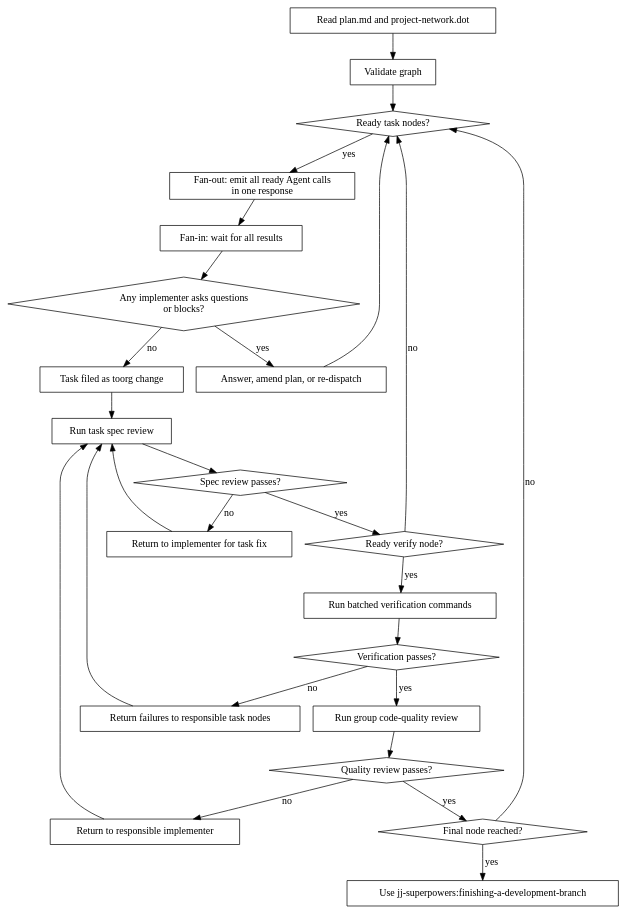
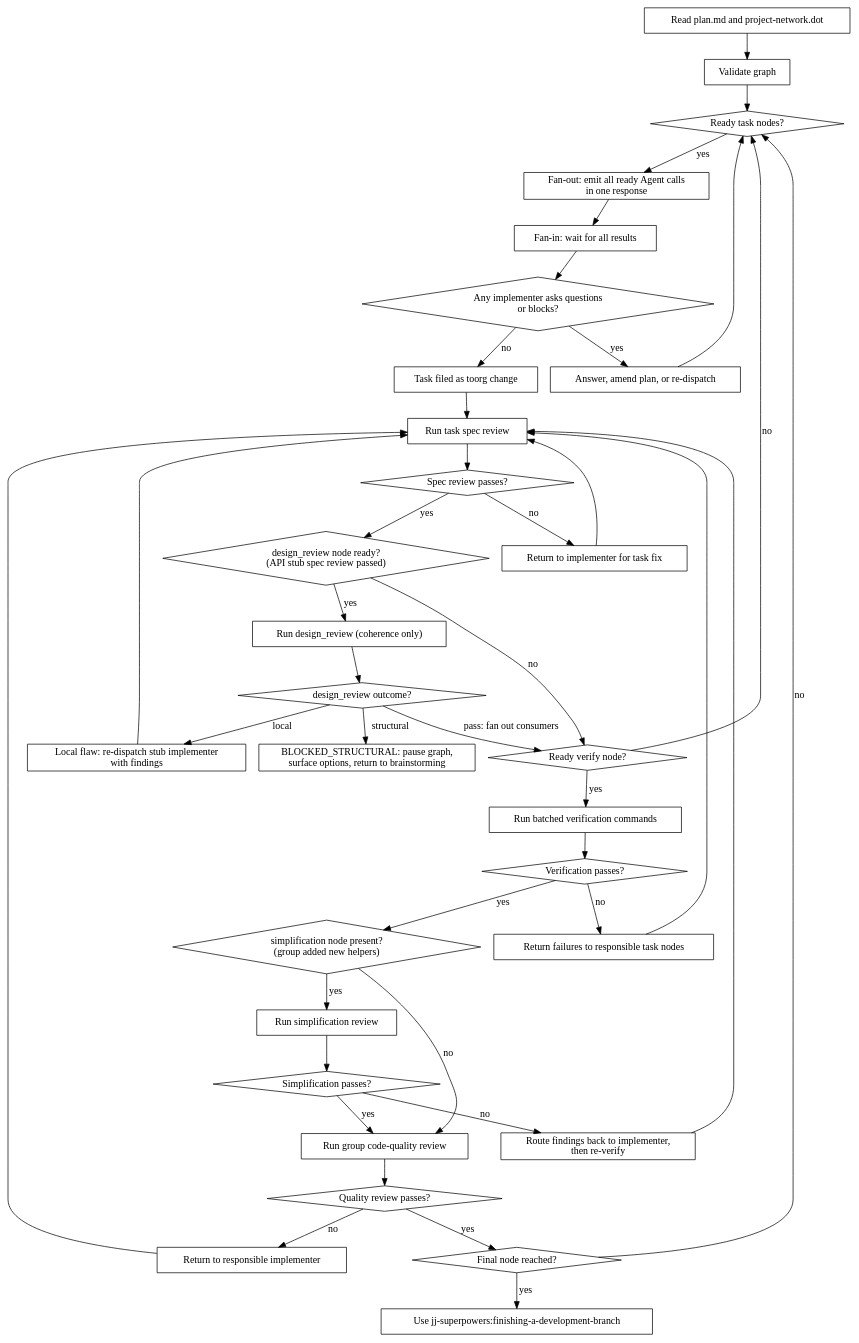
Before and after one commit to nickguletskii/jj-superpowers: the second of 2 diagrams in skills/subagent-driven-development/SKILL.md, drawn with Graphviz. The commit also changed other lines of this file and 23 other files, not shown here.

````diff
--- a/skills/subagent-driven-development/SKILL.md
+++ b/skills/subagent-driven-development/SKILL.md
@@ -49,52 +51,74 @@
 ```dot
 digraph process {
     rankdir=TB;
 
     "Read plan.md and project-network.dot" [shape=box];
     "Validate graph" [shape=box];
     "Ready task nodes?" [shape=diamond];
     "Fan-out: emit all ready Agent calls\nin one response" [shape=box];
     "Fan-in: wait for all results" [shape=box];
     "Any implementer asks questions\nor blocks?" [shape=diamond];
     "Answer, amend plan, or re-dispatch" [shape=box];
     "Task filed as toorg change" [shape=box];
     "Run task spec review" [shape=box];
     "Spec review passes?" [shape=diamond];
     "Return to implementer for task fix" [shape=box];
+    "design_review node ready?\n(API stub spec review passed)" [shape=diamond];
+    "Run design_review (coherence only)" [shape=box];
+    "design_review outcome?" [shape=diamond];
+    "Local flaw: re-dispatch stub implementer\nwith findings" [shape=box];
+    "BLOCKED_STRUCTURAL: pause graph,\nsurface options, return to brainstorming" [shape=box];
     "Ready verify node?" [shape=diamond];
     "Run batched verification commands" [shape=box];
     "Verification passes?" [shape=diamond];
     "Return failures to responsible task nodes" [shape=box];
+    "simplification node present?\n(group added new helpers)" [shape=diamond];
+    "Run simplification review" [shape=box];
+    "Simplification passes?" [shape=diamond];
+    "Route findings back to implementer,\nthen re-verify" [shape=box];
     "Run group code-quality review" [shape=box];
     "Quality review passes?" [shape=diamond];
     "Return to responsible implementer" [shape=box];
     "Final node reached?" [shape=diamond];
     "Use jj-superpowers:finishing-a-development-branch" [shape=box];
 
     "Read plan.md and project-network.dot" -> "Validate graph";
     "Validate graph" -> "Ready task nodes?";
     "Ready task nodes?" -> "Fan-out: emit all ready Agent calls\nin one response" [label="yes"];
     "Fan-out: emit all ready Agent calls\nin one response" -> "Fan-in: wait for all results";
     "Fan-in: wait for all results" -> "Any implementer asks questions\nor blocks?";
     "Any implementer asks questions\nor blocks?" -> "Answer, amend plan, or re-dispatch" [label="yes"];
     "Answer, amend plan, or re-dispatch" -> "Ready task nodes?";
     "Any implementer asks questions\nor blocks?" -> "Task filed as toorg change" [label="no"];
     "Task filed as toorg change" -> "Run task spec review";
     "Run task spec review" -> "Spec review passes?";
     "Spec review passes?" -> "Return to implementer for task fix" [label="no"];
     "Return to implementer for task fix" -> "Run task spec review";
-    "Spec review passes?" -> "Ready verify node?" [label="yes"];
+    "Spec review passes?" -> "design_review node ready?\n(API stub spec review passed)" [label="yes"];
+    "design_review node ready?\n(API stub spec review passed)" -> "Run design_review (coherence only)" [label="yes"];
+    "design_review node ready?\n(API stub spec review passed)" -> "Ready verify node?" [label="no"];
+    "Run design_review (coherence only)" -> "design_review outcome?";
+    "design_review outcome?" -> "Local flaw: re-dispatch stub implementer\nwith findings" [label="local"];
+    "Local flaw: re-dispatch stub implementer\nwith findings" -> "Run task spec review";
+    "design_review outcome?" -> "BLOCKED_STRUCTURAL: pause graph,\nsurface options, return to brainstorming" [label="structural"];
+    "design_review outcome?" -> "Ready verify node?" [label="pass: fan out consumers"];
     "Ready verify node?" -> "Run batched verification commands" [label="yes"];
     "Ready verify node?" -> "Ready task nodes?" [label="no"];
     "Run batched verification commands" -> "Verification passes?";
     "Verification passes?" -> "Return failures to responsible task nodes" [label="no"];
     "Return failures to responsible task nodes" -> "Run task spec review";
-    "Verification passes?" -> "Run group code-quality review" [label="yes"];
+    "Verification passes?" -> "simplification node present?\n(group added new helpers)" [label="yes"];
+    "simplification node present?\n(group added new helpers)" -> "Run simplification review" [label="yes"];
+    "simplification node present?\n(group added new helpers)" -> "Run group code-quality review" [label="no"];
+    "Run simplification review" -> "Simplification passes?";
+    "Simplification passes?" -> "Route findings back to implementer,\nthen re-verify" [label="no"];
+    "Route findings back to implementer,\nthen re-verify" -> "Run task spec review";
+    "Simplification passes?" -> "Run group code-quality review" [label="yes"];
     "Run group code-quality review" -> "Quality review passes?";
     "Quality review passes?" -> "Return to responsible implementer" [label="no"];
     "Return to responsible implementer" -> "Run task spec review";
     "Quality review passes?" -> "Final node reached?" [label="yes"];
     "Final node reached?" -> "Ready task nodes?" [label="no"];
     "Final node reached?" -> "Use jj-superpowers:finishing-a-development-branch" [label="yes"];
 }
 ```
````
